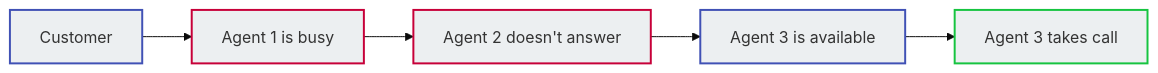
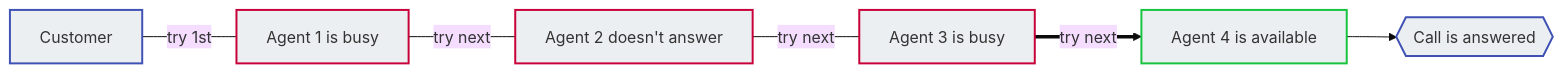
One commit to connexcs/docs changed the second of 3 diagrams in docs/class5/creating-group.md. Above: the diagram before and after it, drawn with Mermaid (base theme).

````diff
--- a/docs/class5/creating-group.md
+++ b/docs/class5/creating-group.md
@@ -33,12 +33,14 @@
 ```mermaid
 graph LR
-A[Customer] --> B[Agent 1 is busy]
-B --> C[Agent 2 doesn't answer]
-C --> D[Agent 3 is available]
-D --> E[Agent 3 takes call]
+A[Customer] ---|try 1st| B[Agent 1 is busy]
+B ---|try next| C[Agent 2 doesn't answer]
+C ---|try next| D[Agent 3 is busy]
+D ==>|try next| E[Agent 4 is available]
+E -->F{{Call is answered}}
 style A fill:#ECEFF1,stroke:#4051b5,stroke-width:2px
 style B fill:#ECEFF1,stroke:#C70039,stroke-width:2px
 style C fill:#ECEFF1,stroke:#C70039,stroke-width:2px
-style D fill:#ECEFF1,stroke:#4051b5,stroke-width:2px
+style D fill:#ECEFF1,stroke:#C70039,stroke-width:2px
 style E fill:#ECEFF1,stroke:#16C440,stroke-width:2px
+style F fill:#ECEFF1,stroke:#4051b5,stroke-width:2px
 ```
````
